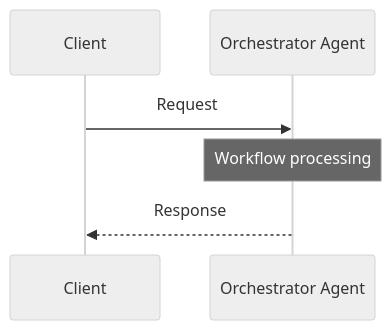
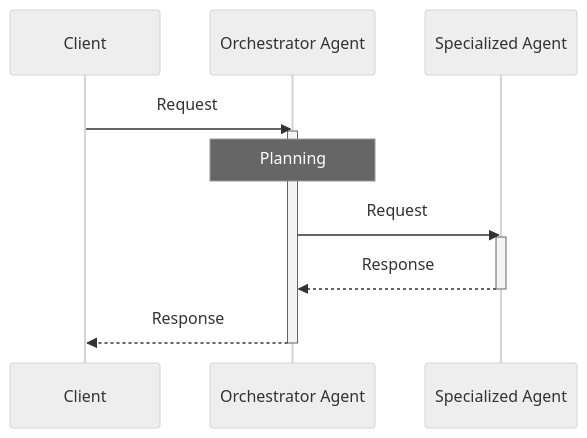
The first of 4 diagrams in docs/agents-communication/Request-Driven.md (microsoft/multi-agent-reference-architecture), drawn with Mermaid (neutral theme) before and after one commit. The commit also changed other lines of this file, not shown here.

Commit message:
docs: request-driven content updated

````diff
--- a/docs/agents-communication/Request-Driven.md
+++ b/docs/agents-communication/Request-Driven.md
@@ -65,9 +105,16 @@
 ```mermaid
 sequenceDiagram
     participant Client
     participant Orchestrator Agent
+    participant Specialized Agent
 
     Client->>Orchestrator Agent: Request
-    Note over Orchestrator Agent: Workflow processing
+    activate Orchestrator Agent
+    Note over Orchestrator Agent: Planning
+    Orchestrator Agent->>Specialized Agent: Request
+    activate Specialized Agent
+    Specialized Agent-->>Orchestrator Agent: Response
+    deactivate Specialized Agent
     Orchestrator Agent-->>Client: Response
+    deactivate Orchestrator Agent
 ```
````
